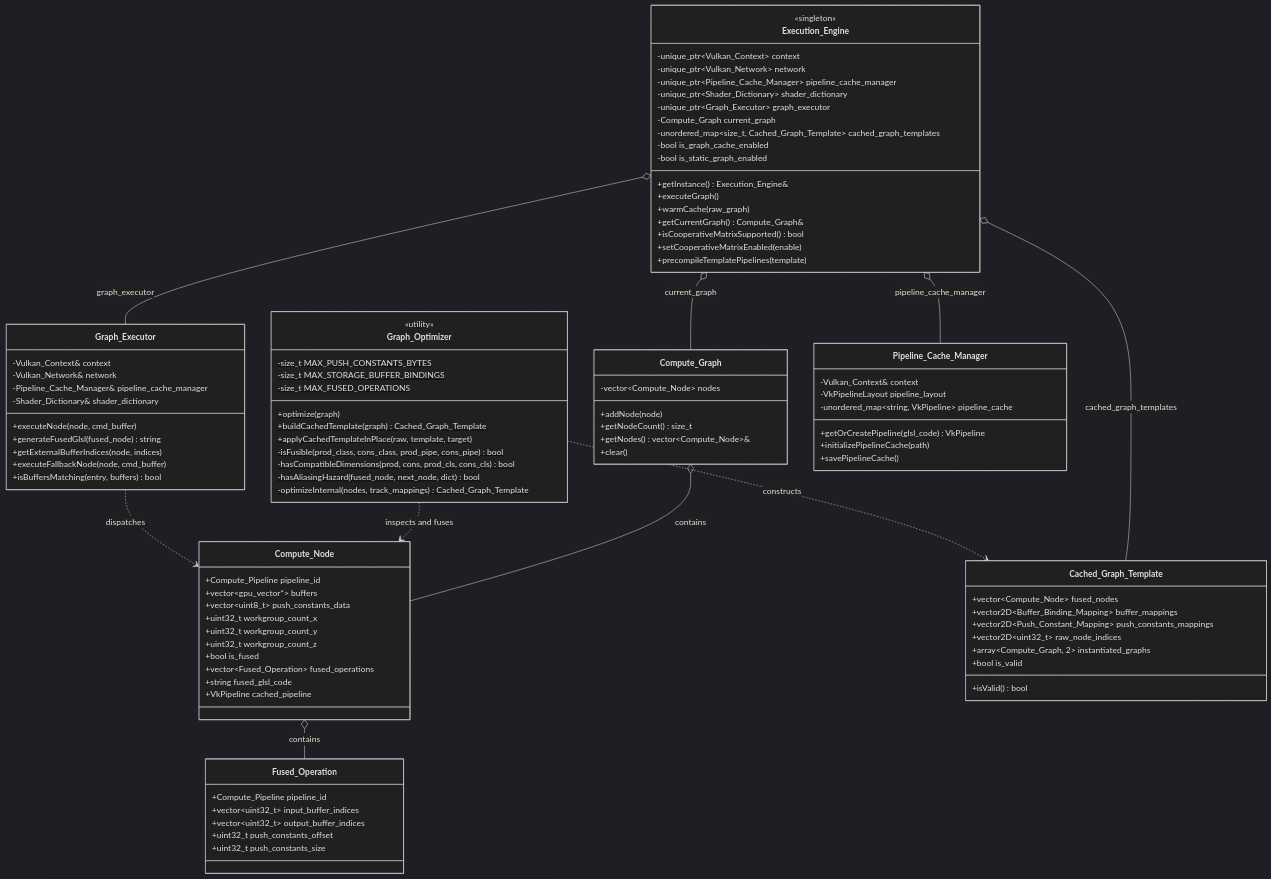
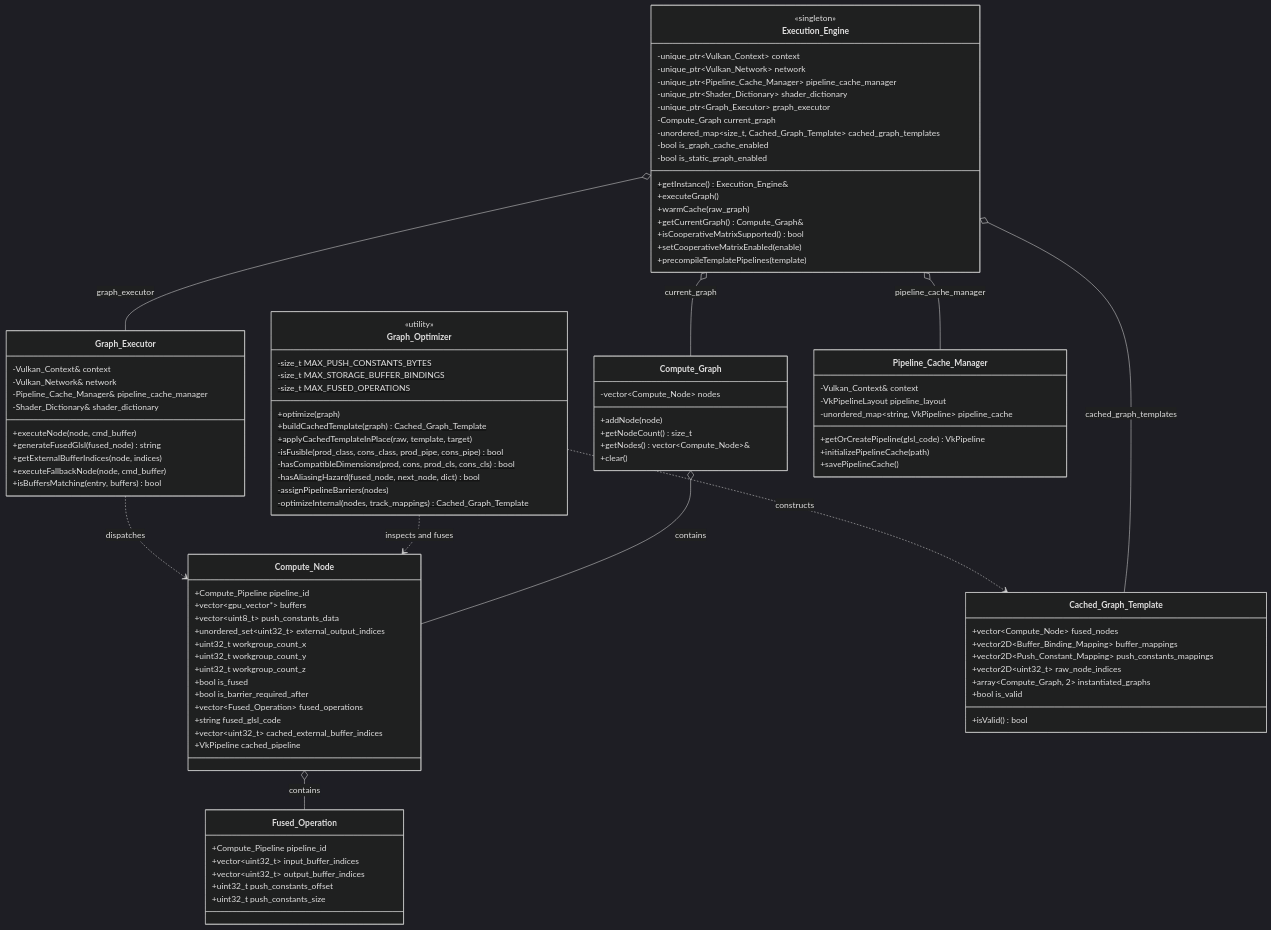
The fourth of 11 diagrams in architechture.md (HungVQ1991/VulkanML), drawn with Mermaid (dark theme) before and after one commit. The commit also changed other lines of this file and 266 other files, not shown here.

```diff
--- a/architechture.md
+++ b/architechture.md
@@ -374,12 +575,15 @@
         +Compute_Pipeline pipeline_id
         +vector~gpu_vector*~ buffers
         +vector~uint8_t~ push_constants_data
+        +unordered_set~uint32_t~ external_output_indices
         +uint32_t workgroup_count_x
         +uint32_t workgroup_count_y
         +uint32_t workgroup_count_z
         +bool is_fused
+        +bool is_barrier_required_after
         +vector~Fused_Operation~ fused_operations
         +string fused_glsl_code
+        +vector~uint32_t~ cached_external_buffer_indices
         +VkPipeline cached_pipeline
     }
 
@@ -402,6 +606,7 @@
         -isFusible(prod_class, cons_class, prod_pipe, cons_pipe)$ bool
         -hasCompatibleDimensions(prod, cons, prod_cls, cons_cls)$ bool
         -hasAliasingHazard(fused_node, next_node, dict)$ bool
+        -assignPipelineBarriers(nodes)$
         -optimizeInternal(nodes, track_mappings)$ Cached_Graph_Template
     }
 
```
